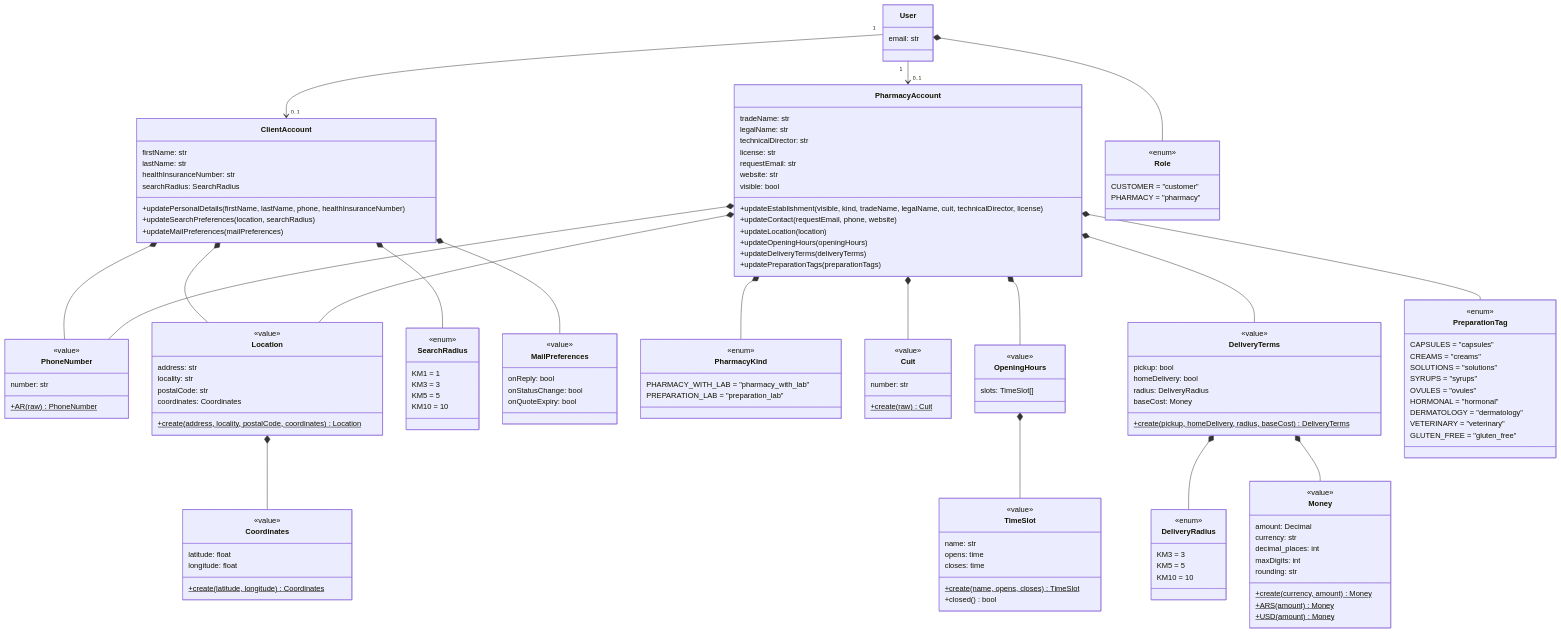
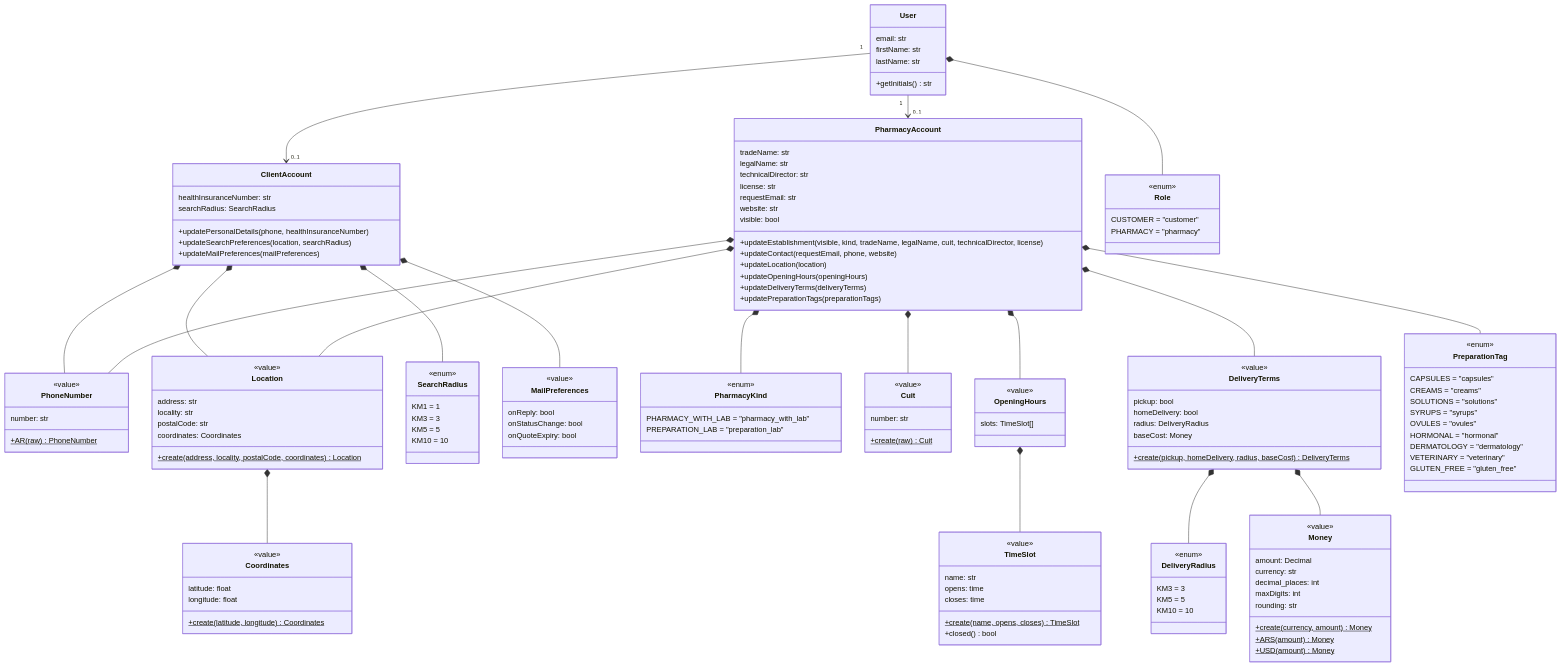
One commit to ezebts/grupo9-Bitschin-Delbono-Eier changed the diagram in docs/design/uml/accounts.mmd. Above: the diagram before and after it, drawn with Mermaid. The commit also changed 36 other files, not shown here.

```diff
--- a/docs/design/uml/accounts.mmd
+++ b/docs/design/uml/accounts.mmd
@@ -1,162 +1,163 @@
 classDiagram
     User "1" --> "0..1" ClientAccount
     User "1" --> "0..1" PharmacyAccount
     User *-- Role
     ClientAccount *-- PhoneNumber
     ClientAccount *-- Location
     ClientAccount *-- SearchRadius
     ClientAccount *-- MailPreferences
     Location *-- Coordinates
     PharmacyAccount *-- PharmacyKind
     PharmacyAccount *-- Cuit
     PharmacyAccount *-- PhoneNumber
     PharmacyAccount *-- Location
     PharmacyAccount *-- OpeningHours
     OpeningHours *-- TimeSlot
     PharmacyAccount *-- DeliveryTerms
     PharmacyAccount *-- PreparationTag
     DeliveryTerms *-- DeliveryRadius
     DeliveryTerms *-- Money
 
     class User {
         email: str
+        firstName: str
+        lastName: str
+        +getInitials() str
     }
     class ClientAccount {
-        firstName: str
-        lastName: str
         healthInsuranceNumber: str
         searchRadius: SearchRadius
-        +updatePersonalDetails(firstName, lastName, phone, healthInsuranceNumber)
+        +updatePersonalDetails(phone, healthInsuranceNumber)
         +updateSearchPreferences(location, searchRadius)
         +updateMailPreferences(mailPreferences)
     }
     class PharmacyAccount {
         tradeName: str
         legalName: str
         technicalDirector: str
         license: str
         requestEmail: str
         website: str
         visible: bool
         +updateEstablishment(visible, kind, tradeName, legalName, cuit, technicalDirector, license)
         +updateContact(requestEmail, phone, website)
         +updateLocation(location)
         +updateOpeningHours(openingHours)
         +updateDeliveryTerms(deliveryTerms)
         +updatePreparationTags(preparationTags)
     }
     class Role {
         <<enum>>
         CUSTOMER = "customer"
         PHARMACY = "pharmacy"
     }
     class PhoneNumber {
         <<value>>
         number: str
         +AR(raw) PhoneNumber$
     }
     class Location {
         <<value>>
         address: str
         locality: str
         postalCode: str
         coordinates: Coordinates
         +create(address, locality, postalCode, coordinates) Location$
     }
     class Coordinates {
         <<value>>
         latitude: float
         longitude: float
         +create(latitude, longitude) Coordinates$
     }
     class MailPreferences {
         <<value>>
         onReply: bool
         onStatusChange: bool
         onQuoteExpiry: bool
     }
     class PharmacyKind {
         <<enum>>
         PHARMACY_WITH_LAB = "pharmacy_with_lab"
         PREPARATION_LAB = "preparation_lab"
     }
     class Cuit {
         <<value>>
         number: str
         +create(raw) Cuit$
     }
     class TimeSlot {
         <<value>>
         name: str
         opens: time
         closes: time
         +create(name, opens, closes) TimeSlot$
         +closed() bool
     }
     class OpeningHours {
         <<value>>
         slots: TimeSlot[]
     }
     class DeliveryRadius {
         <<enum>>
         KM3 = 3
         KM5 = 5
         KM10 = 10
     }
     class DeliveryTerms {
         <<value>>
         pickup: bool
         homeDelivery: bool
         radius: DeliveryRadius
         baseCost: Money
         +create(pickup, homeDelivery, radius, baseCost) DeliveryTerms$
     }
     class Money {
         <<value>>
         amount: Decimal
         currency: str
         decimal_places: int
         maxDigits: int
         rounding: str
         +create(currency, amount) Money$
         +ARS(amount) Money$
         +USD(amount) Money$
     }
     class PreparationTag {
         <<enum>>
         CAPSULES = "capsules"
         CREAMS = "creams"
         SOLUTIONS = "solutions"
         SYRUPS = "syrups"
         OVULES = "ovules"
         HORMONAL = "hormonal"
         DERMATOLOGY = "dermatology"
         VETERINARY = "veterinary"
         GLUTEN_FREE = "gluten_free"
     }
     class SearchRadius {
         <<enum>>
         KM1 = 1
         KM3 = 3
         KM5 = 5
         KM10 = 10
     }
 
     classDef model fill:#FFE86D,stroke:#A28E26,color:#574900
     class User:::model
     class ClientAccount:::model
     class PharmacyAccount:::model
     class Role:::model
     class SearchRadius:::model
     class DeliveryRadius:::model
     class PhoneNumber:::model
     class Location:::model
     class Coordinates:::model
     class MailPreferences:::model
     class PharmacyKind:::model
     class Cuit:::model
     class TimeSlot:::model
     class OpeningHours:::model
     class DeliveryTerms:::model
     class Money:::model
     class PreparationTag:::model
```
